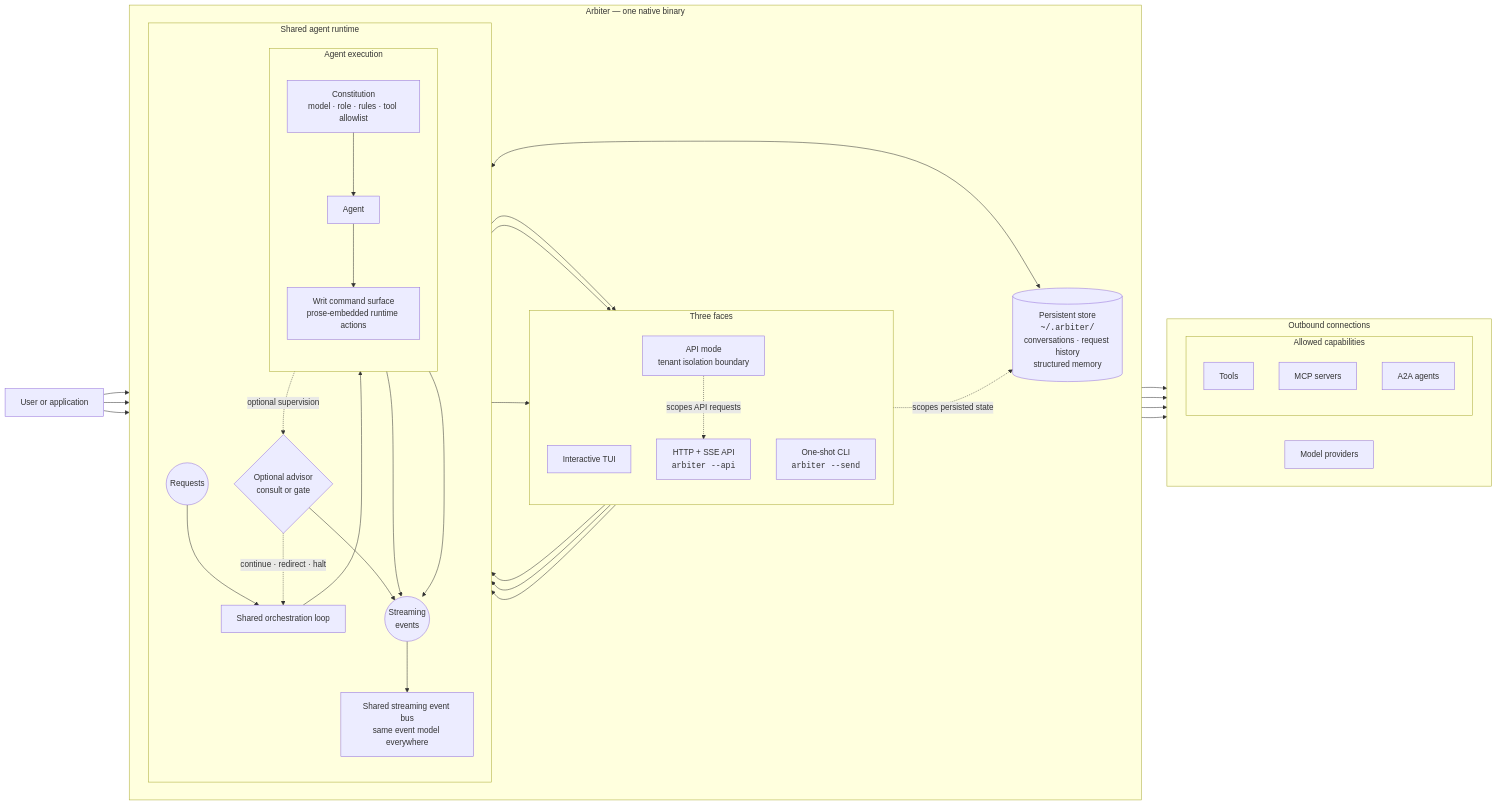
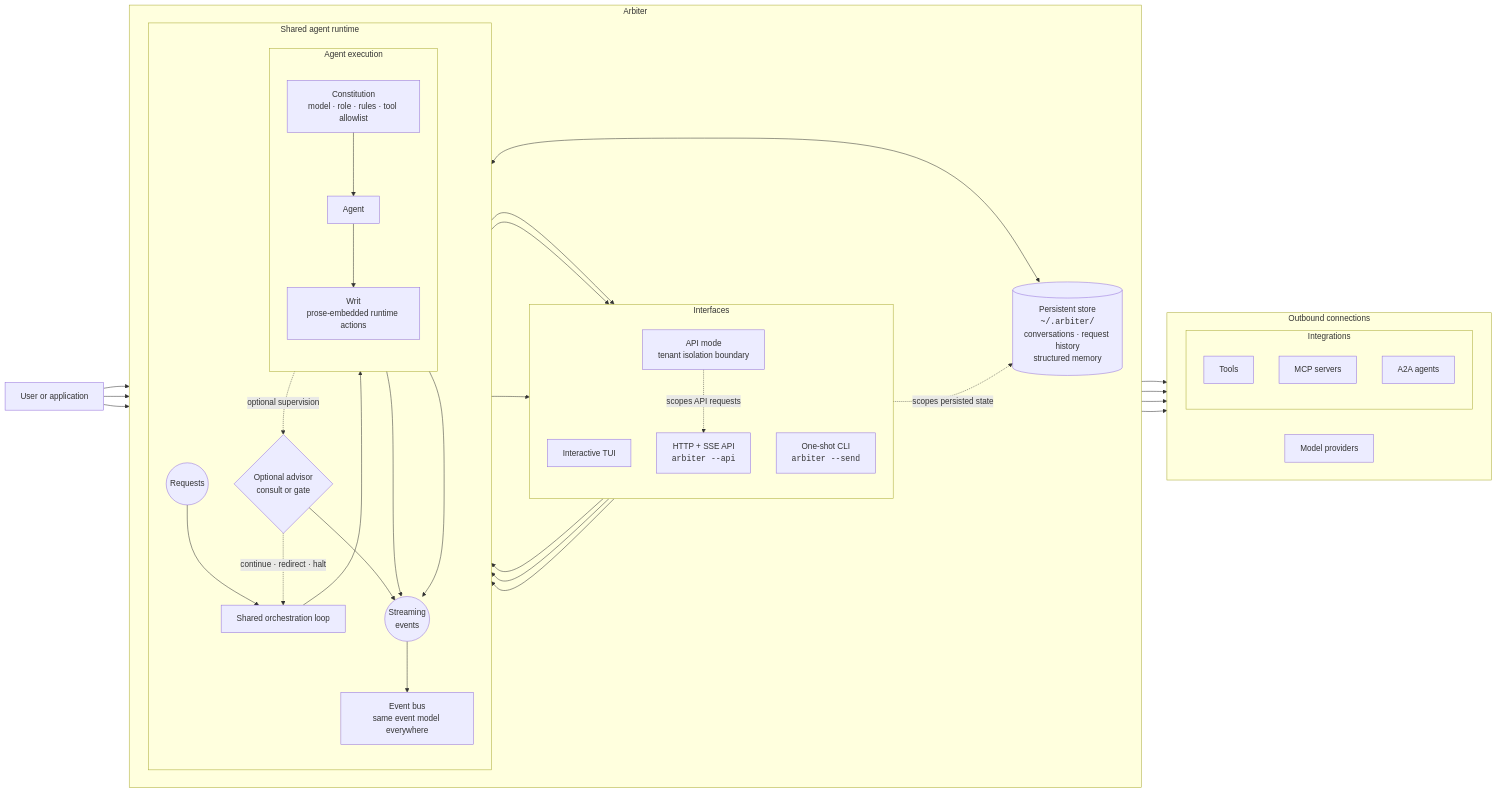
Before and after one commit to tylerreckart/arbiter: the diagram in docs/concepts/architecture.md, drawn with Mermaid. The commit also changed 2 other files, not shown here.

Commit message:
docs: address architecture review feedback

```diff
--- a/docs/concepts/architecture.md
+++ b/docs/concepts/architecture.md
@@ -10,10 +10,10 @@
 flowchart LR
     USER["User or application"]
 
-    subgraph ARBITER["Arbiter — one native binary"]
+    subgraph ARBITER["Arbiter"]
         direction LR
 
-        subgraph FACES["Three faces"]
+        subgraph FACES["Interfaces"]
             direction TB
 
             TUI["Interactive TUI"]
@@ -39,14 +39,14 @@
 
                 AGENT["Agent"]
 
-                WRIT["Writ command surface<br/>prose-embedded runtime actions"]
+                WRIT["Writ<br/>prose-embedded runtime actions"]
             end
 
             ADVISOR{"Optional advisor<br/>consult or gate"}
 
             EVENTS(("Streaming<br/>events"))
 
-            EVENT_BUS["Shared streaming event bus<br/>same event model everywhere"]
+            EVENT_BUS["Event bus<br/>same event model everywhere"]
 
             REQUESTS --> ORCHESTRATION
             ORCHESTRATION --> AGENT
@@ -85,7 +85,7 @@
 
         MODELS["Model providers"]
 
-        subgraph CAPABILITIES["Allowed capabilities"]
+        subgraph CAPABILITIES["Integrations"]
             direction TB
 
             TOOLS["Tools"]
```
